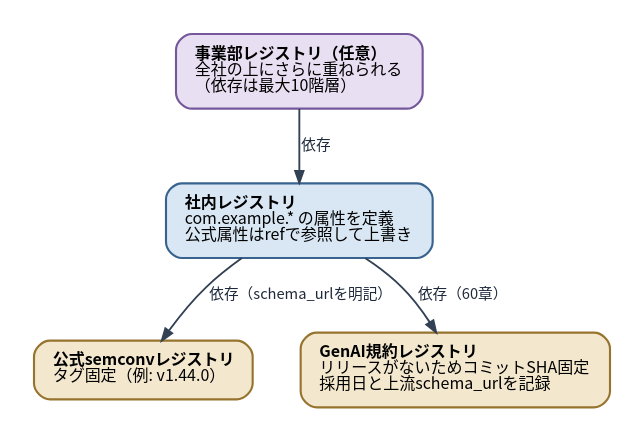
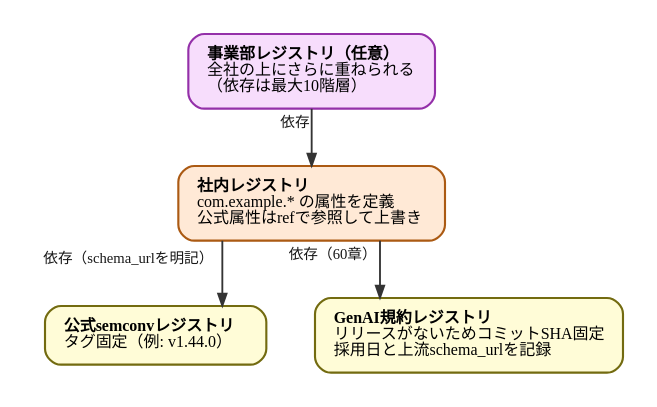
Before and after one commit to ymotongpoo/zenn.dev: the diagram in diagrams/observability-platform-with-otel/20260926-registry-deps.dot, drawn with Graphviz. The commit also changed 33 other files, not shown here.

First line of the commit message:
fix(otel-platform): 図16枚を book-diagram-graphviz の規範へ移行する

```diff
--- a/diagrams/observability-platform-with-otel/20260926-registry-deps.dot
+++ b/diagrams/observability-platform-with-otel/20260926-registry-deps.dot
@@ -1,29 +1,29 @@
 // 公式レジストリと社内レジストリの参照関係
 digraph registry_deps {
   graph [
-    fontname="Harano Aji Gothic,Noto Sans CJK JP,IPAGothic", fontsize=13,
-    rankdir=TB, compound=true, splines=true,
+    fontname="IBM Plex Sans JP", fontsize=13,
+    rankdir=TB, compound=true, splines=ortho,
     nodesep=0.5, ranksep=0.6, pad=0.25,
     bgcolor="white", newrank=true
   ];
   node [
-    fontname="Harano Aji Gothic,Noto Sans CJK JP,IPAGothic", fontsize=12,
+    fontname="IBM Plex Sans JP", fontsize=12,
     shape=box, style="rounded,filled",
-    fillcolor="#F1F5F9", color="#475569", penwidth=1.6,
+    fillcolor="#E4E4E4", color="#4A4A4A", penwidth=1.6,
     margin="0.2,0.14"
   ];
   edge [
-    fontname="Harano Aji Gothic,Noto Sans CJK JP,IPAGothic", fontsize=11,
-    color="#334155", penwidth=1.4, arrowsize=0.9,
-    fontcolor="#1E293B"
+    fontname="IBM Plex Sans JP", fontsize=11,
+    color="#343434", penwidth=1.4, arrowsize=0.9,
+    fontcolor="#171717"
   ];
 
-  division [label=<<b>事業部レジストリ（任意）</b><br align="left"/>全社の上にさらに重ねられる<br align="left"/>（依存は最大10階層）<br align="left"/>>, fillcolor="#E9DFF2", color="#75589C"];
-  internal [label=<<b>社内レジストリ</b><br align="left"/>com.example.* の属性を定義<br align="left"/>公式属性はrefで参照して上書き<br align="left"/>>, fillcolor="#D9E7F4", color="#38638F"];
-  official [label=<<b>公式semconvレジストリ</b><br align="left"/>タグ固定（例: v1.44.0）<br align="left"/>>, fillcolor="#F3E8CE", color="#96742E"];
-  genai [label=<<b>GenAI規約レジストリ</b><br align="left"/>リリースがないためコミットSHA固定<br align="left"/>採用日と上流schema_urlを記録<br align="left"/>>, fillcolor="#F3E8CE", color="#96742E"];
+  division [label=<<b>事業部レジストリ（任意）</b><br align="left"/>全社の上にさらに重ねられる<br align="left"/>（依存は最大10階層）<br align="left"/>>, fillcolor="#F7DDFC", color="#9430A9"];
+  internal [label=<<b>社内レジストリ</b><br align="left"/>com.example.* の属性を定義<br align="left"/>公式属性はrefで参照して上書き<br align="left"/>>, fillcolor="#FFE9D6", color="#AB5A13"];
+  official [label=<<b>公式semconvレジストリ</b><br align="left"/>タグ固定（例: v1.44.0）<br align="left"/>>, fillcolor="#FFFCD7", color="#736B10"];
+  genai [label=<<b>GenAI規約レジストリ</b><br align="left"/>リリースがないためコミットSHA固定<br align="left"/>採用日と上流schema_urlを記録<br align="left"/>>, fillcolor="#FFFCD7", color="#736B10"];
 
-  division -> internal [label=" 依存"];
-  internal -> official [label=" 依存（schema_urlを明記）"];
-  internal -> genai [label=" 依存（60章）"];
+  division -> internal [xlabel=" 依存"];
+  internal -> official [xlabel=" 依存（schema_urlを明記）"];
+  internal -> genai [xlabel=" 依存（60章）"];
 }
```
